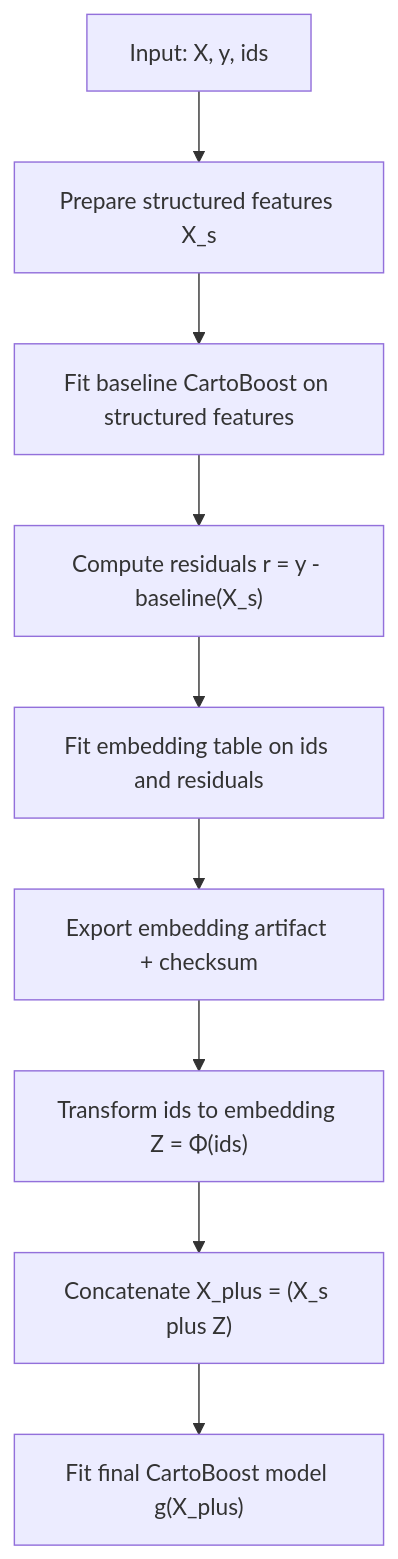
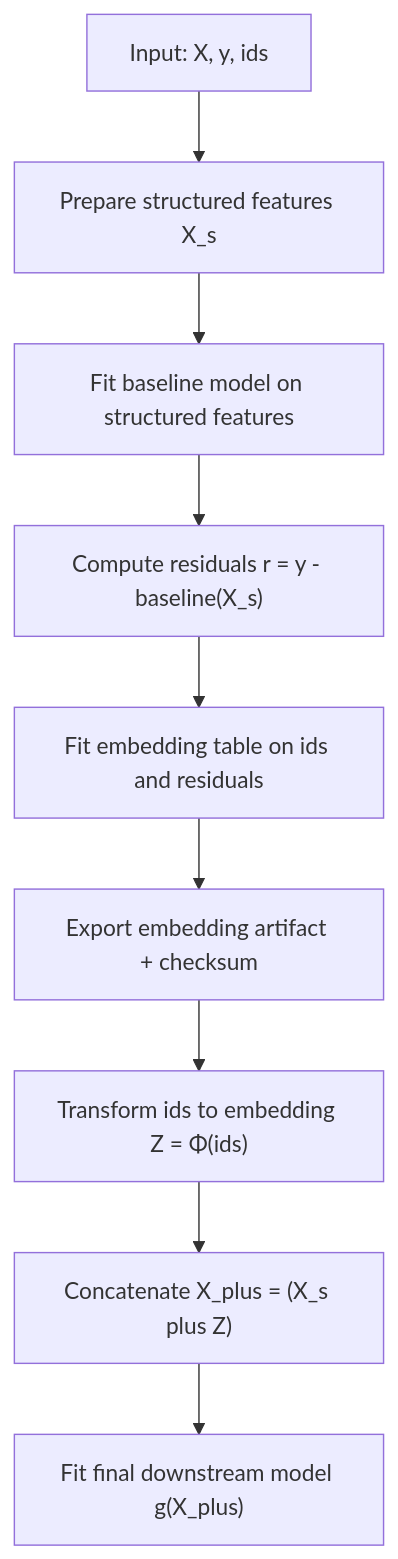
The third of 5 diagrams in docs/neural-features.md (albrmar/cartoboost), drawn with Mermaid before and after one commit. The commit also changed other lines of this file and 4 other files, not shown here.

Commit message:
Document standalone graph and neural usage

````diff
--- a/docs/neural-features.md
+++ b/docs/neural-features.md
@@ -414,13 +423,13 @@
 ```mermaid
 flowchart TD
     D0["Input: X, y, ids"]
     D1["Prepare structured features X_s"]
-    D2["Fit baseline CartoBoost on structured features"]
+    D2["Fit baseline model on structured features"]
     D3["Compute residuals r = y - baseline(X_s)"]
     D4["Fit embedding table on ids and residuals"]
     D5["Export embedding artifact + checksum"]
     D6["Transform ids to embedding Z = Φ(ids)"]
     D7["Concatenate X_plus = (X_s plus Z)"]
-    D8["Fit final CartoBoost model g(X_plus)"]
+    D8["Fit final downstream model g(X_plus)"]
     D0 --> D1 --> D2 --> D3 --> D4 --> D5 --> D6 --> D7 --> D8
 ```
````
